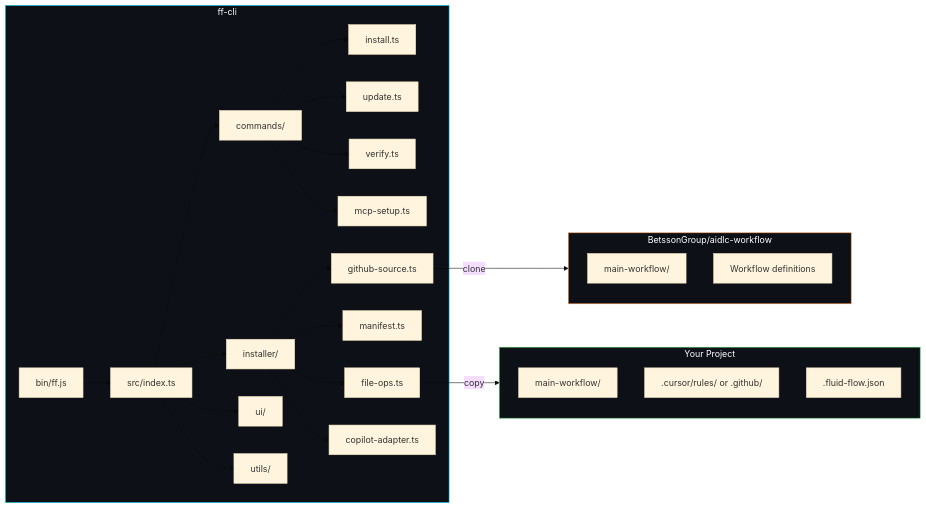
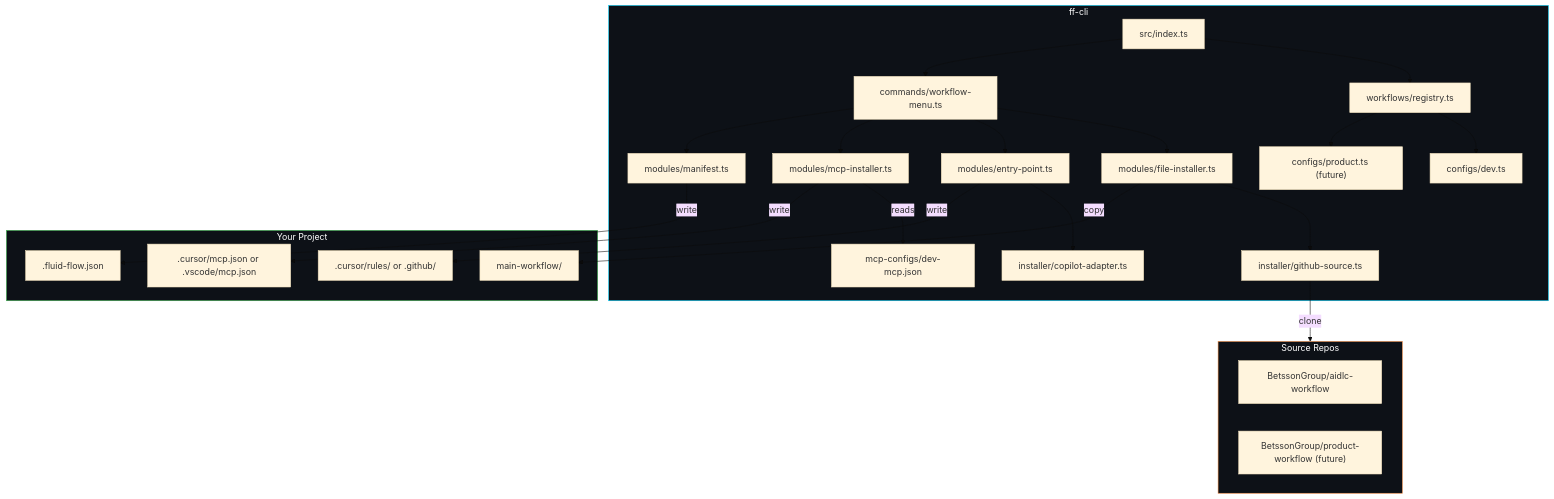
Before and after one commit to premkumarjanagarajan/cdl-ff-cli: the second of 2 diagrams in README.md, drawn with Mermaid (base theme). The commit also changed other lines of this file, not shown here.

First line of the commit message:
docs: update README for multi-workflow architecture

````diff
--- a/README.md
+++ b/README.md
@@ -659,38 +802,40 @@
 ```mermaid
-graph LR
+graph TD
     subgraph CLI["ff-cli"]
-        A[bin/ff.js] --> B[src/index.ts]
-        B --> C[commands/]
-        B --> D[installer/]
-        B --> E[ui/]
-        B --> F[utils/]
+        A[src/index.ts] --> WR[workflows/registry.ts]
+        WR --> DC[configs/dev.ts]
+        WR --> PC["configs/product.ts (future)"]
         
-        C --> C1[install.ts]
-        C --> C2[update.ts]
-        C --> C3[verify.ts]
-        C --> C4[mcp-setup.ts]
+        A --> WM[commands/workflow-menu.ts]
+        WM --> FI[modules/file-installer.ts]
+        WM --> EP[modules/entry-point.ts]
+        WM --> MI[modules/mcp-installer.ts]
+        WM --> MAN[modules/manifest.ts]
         
-        D --> D1[github-source.ts]
-        D --> D2[manifest.ts]
-        D --> D3[file-ops.ts]
-        D --> D4[copilot-adapter.ts]
+        MI -->|reads| MCP["mcp-configs/dev-mcp.json"]
+        FI --> GS[installer/github-source.ts]
+        EP --> CA[installer/copilot-adapter.ts]
     end
     
-    subgraph Source["BetssonGroup/aidlc-workflow"]
-        S1[main-workflow/]
-        S2[Workflow definitions]
+    subgraph Sources["Source Repos"]
+        SR1["BetssonGroup/aidlc-workflow"]
+        SR2["BetssonGroup/product-workflow (future)"]
     end
     
     subgraph Target["Your Project"]
         T1[main-workflow/]
         T2[.cursor/rules/ or .github/]
         T3[.fluid-flow.json]
+        T4[.cursor/mcp.json or .vscode/mcp.json]
     end
     
-    D1 -->|clone| Source
-    D3 -->|copy| Target
+    GS -->|clone| Sources
+    FI -->|copy| T1
+    EP -->|write| T2
+    MAN -->|write| T3
+    MI -->|write| T4
     
     style CLI fill:#0d1117,stroke:#00d4ff,color:#fff
-    style Source fill:#0d1117,stroke:#f0883e,color:#fff
+    style Sources fill:#0d1117,stroke:#f0883e,color:#fff
     style Target fill:#0d1117,stroke:#3fb950,color:#fff
 ```
````
